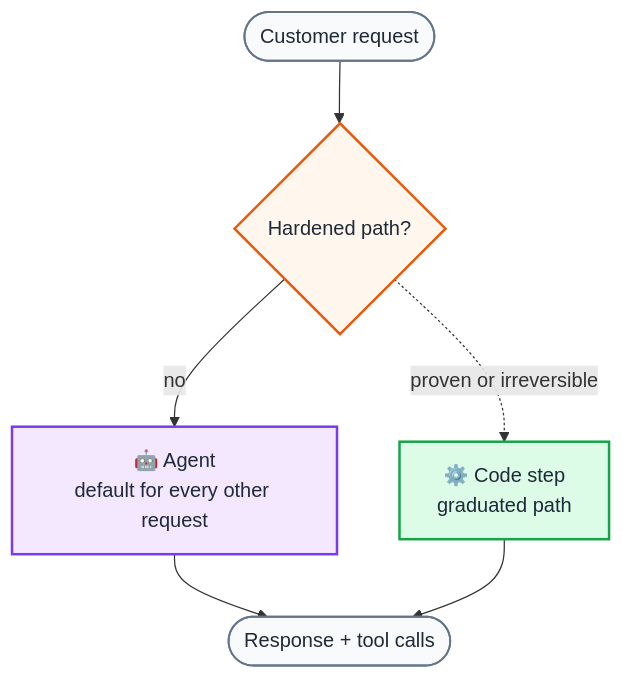
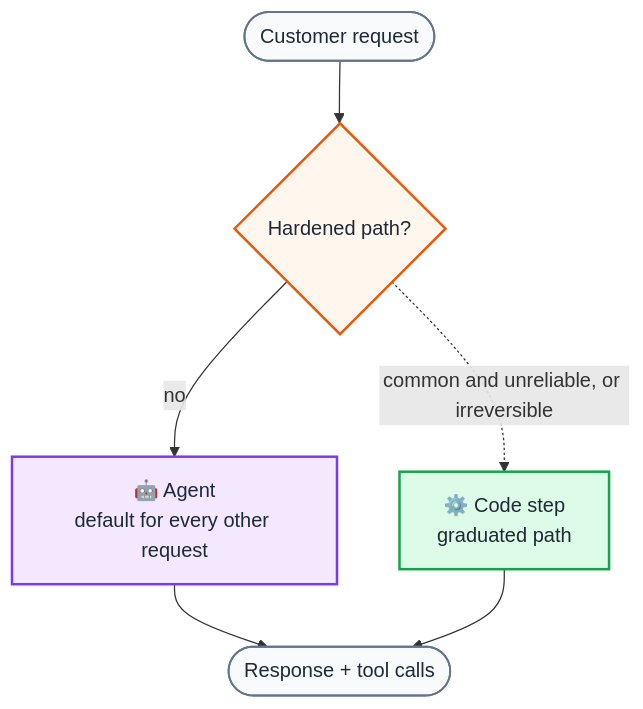
The fourth of 4 diagrams in src/content/blog/workflow-vs-agent.mdx (FridljDa/FridljDa.github.io), drawn with Mermaid before and after one commit. The commit also changed other lines of this file and 6 other files, not shown here.

````diff
--- a/src/content/blog/workflow-vs-agent.mdx
+++ b/src/content/blog/workflow-vs-agent.mdx
@@ -182,23 +182,23 @@
 ```mermaid
 flowchart TD
     INPUT(["Customer request"])
     D{"Hardened path?"}
     A["🤖 Agent<br/>default for every other request"]
     C["⚙️ Code step<br/>graduated path"]
     OUT(["Response + tool calls"])
 
     INPUT --> D
     D -->|"no"| A
-    D -.->|"proven or irreversible"| C
+    D -.->|"common and unreliable, or irreversible"| C
     A --> OUT
     C --> OUT
 
     classDef agent fill:#f3e8ff,stroke:#7c3aed,stroke-width:2px,color:#1f2937
     classDef code fill:#dcfce7,stroke:#16a34a,stroke-width:2px,color:#1f2937
     classDef decision fill:#fff7ed,stroke:#ea580c,stroke-width:2px,color:#1f2937
     classDef terminal fill:#f8fafc,stroke:#64748b,stroke-width:1.5px,color:#1f2937
     class A agent
     class C code
     class D decision
     class INPUT,OUT terminal
 ```
````
